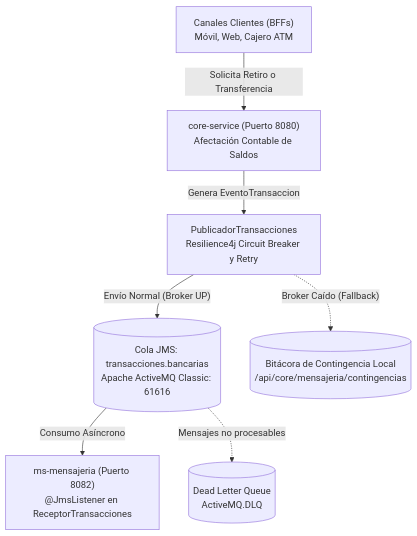
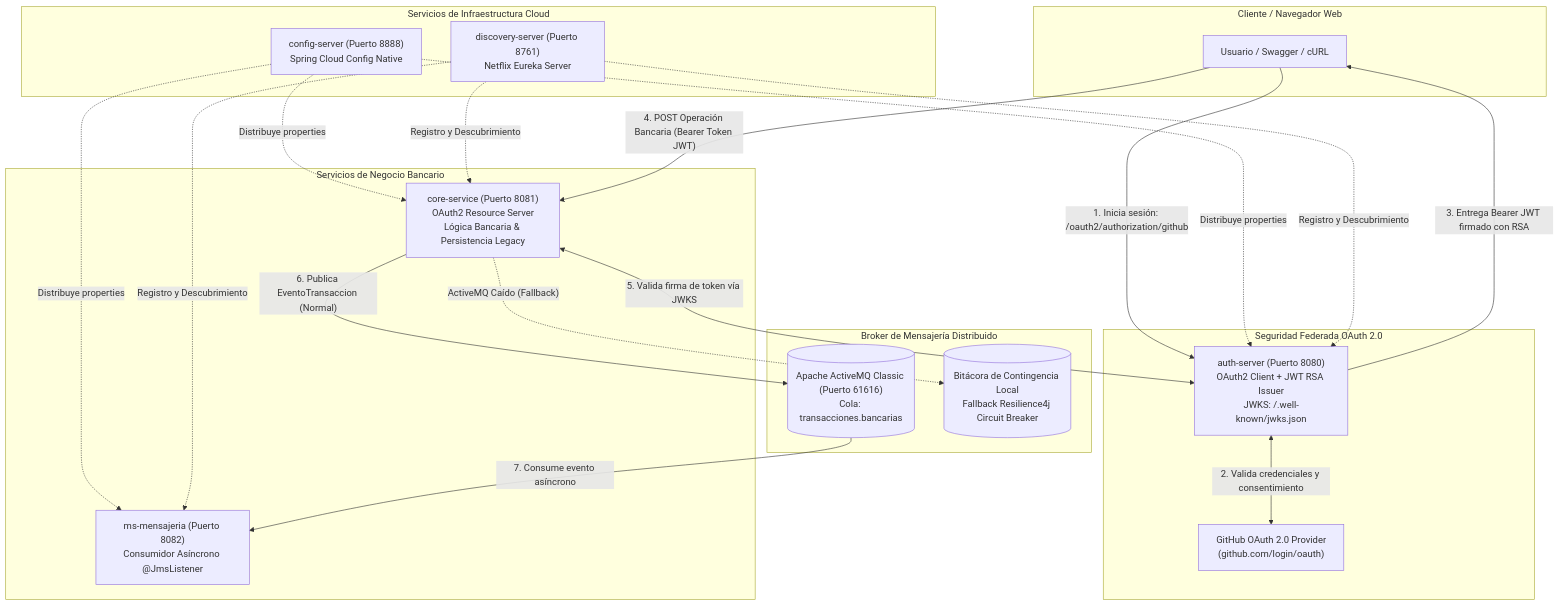
The diagram in README.md (Lybern/Exp3_S8_Grupo3), drawn with Mermaid before and after one commit. The commit also changed other lines of this file, not shown here.

Commit message:
docs: actualizar README.md con documentacion tecnica oficial de la arquitectura Cloud del Banco XYZ

````diff
--- a/README.md
+++ b/README.md
@@ -43,14 +25,48 @@
 ```mermaid
 flowchart TD
-    Canales["Canales Clientes (BFFs)<br>Móvil, Web, Cajero ATM"] -->|"Solicita Retiro o Transferencia"| Core["core-service (Puerto 8080)<br>Afectación Contable de Saldos"]
-    
-    Core -->|"Genera EventoTransaccion"| Pub["PublicadorTransacciones<br>Resilience4j Circuit Breaker y Retry"]
+    subgraph Cliente ["Cliente / Navegador Web"]
+        User["Usuario / Swagger / cURL"]
+    end
 
-    Pub -->|"Envío Normal (Broker UP)"| Cola[("Cola JMS: transacciones.bancarias<br>Apache ActiveMQ Classic: 61616")]
-    
-    Cola -->|"Consumo Asíncrono"| Receptor["ms-mensajeria (Puerto 8082)<br>@JmsListener en ReceptorTransacciones"]
-    
-    Cola -.->|"Mensajes no procesables"| DLQ[("Dead Letter Queue<br>ActiveMQ.DLQ")]
+    subgraph Identidad ["Seguridad Federada OAuth 2.0"]
+        GitHub["GitHub OAuth 2.0 Provider<br>(github.com/login/oauth)"]
+        AuthServer["auth-server (Puerto 8080)<br>OAuth2 Client + JWT RSA Issuer<br>JWKS: /.well-known/jwks.json"]
+    end
 
-    Pub -.->|"Broker Caído (Fallback)"| Contingencia[("Bitácora de Contingencia Local<br>/api/core/mensajeria/contingencias")]
+    subgraph Soporte ["Servicios de Infraestructura Cloud"]
+        ConfigServer["config-server (Puerto 8888)<br>Spring Cloud Config Native"]
+        Eureka["discovery-server (Puerto 8761)<br>Netflix Eureka Server"]
+    end
+
+    subgraph Negocio ["Servicios de Negocio Bancario"]
+        CoreService["core-service (Puerto 8081)<br>OAuth2 Resource Server<br>Lógica Bancaria & Persistencia Legacy"]
+        MsMensajeria["ms-mensajeria (Puerto 8082)<br>Consumidor Asíncrono @JmsListener"]
+    end
+
+    subgraph Broker ["Broker de Mensajería Distribuido"]
+        ActiveMQ[("Apache ActiveMQ Classic (Puerto 61616)<br>Cola: transacciones.bancarias")]
+        Contingencia[("Bitácora de Contingencia Local<br>Fallback Resilience4j Circuit Breaker")]
+    end
+
+    %% Flujos de Seguridad
+    User -->|"1. Inicia sesión: /oauth2/authorization/github"| AuthServer
+    AuthServer <-->|"2. Valida credenciales y consentimiento"| GitHub
+    AuthServer -->|"3. Entrega Bearer JWT firmado con RSA"| User
+
+    %% Flujos de Configuración y Descubrimiento
+    ConfigServer -.->|"Distribuye properties"| AuthServer
+    ConfigServer -.->|"Distribuye properties"| CoreService
+    ConfigServer -.->|"Distribuye properties"| MsMensajeria
+    Eureka -.->|"Registro y Descubrimiento"| AuthServer
+    Eureka -.->|"Registro y Descubrimiento"| CoreService
+    Eureka -.->|"Registro y Descubrimiento"| MsMensajeria
+
+    %% Operación Bancaria Protegida
+    User -->|"4. POST Operación Bancaria (Bearer Token JWT)"| CoreService
+    CoreService <-->|"5. Valida firma de token vía JWKS"| AuthServer
+
+    %% Mensajería y Resiliencia
+    CoreService -->|"6. Publica EventoTransaccion (Normal)"| ActiveMQ
+    ActiveMQ -->|"7. Consume evento asíncrono"| MsMensajeria
+    CoreService -.->|"ActiveMQ Caído (Fallback)"| Contingencia
 ```
````
